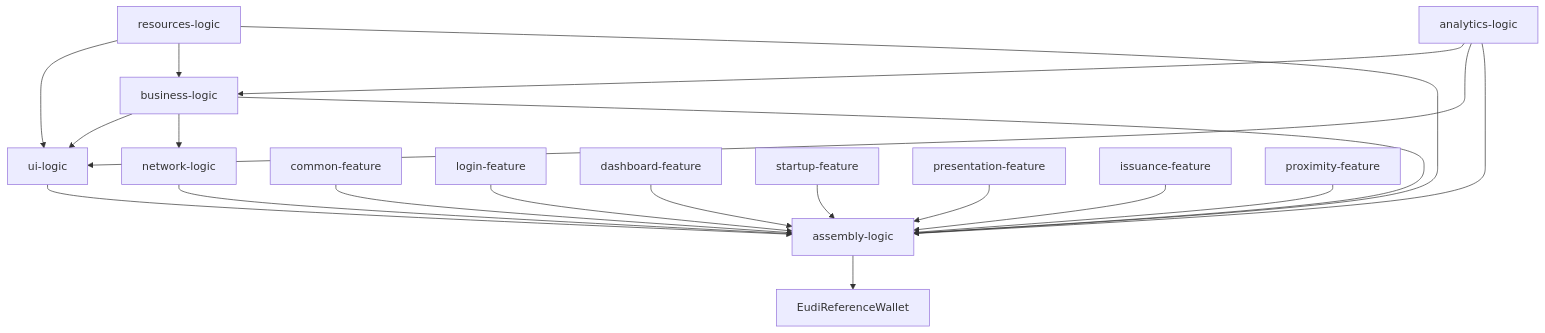
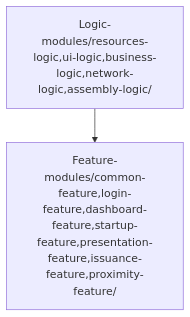
Before and after one commit to eu-digital-identity-wallet/eudi-app-android-wallet-ui: the diagram in README.md, drawn with Mermaid. The commit also changed other lines of this file, not shown here.

Commit message:
[fix] readme updates

````diff
--- a/README.md
+++ b/README.md
@@ -164,26 +170,4 @@
 ```mermaid
 graph TD;
-    resources-logic-->ui-logic;
-    resources-logic-->business-logic;
-    analytics-logic-->business-logic;
-    analytics-logic-->ui-logic;
-    business-logic-->ui-logic;
-    business-logic-->network-logic;
-    network-logic-->assembly-logic;
-
-    resources-logic-->assembly-logic;
-    analytics-logic-->assembly-logic;
-    business-logic-->assembly-logic;
-    ui-logic-->assembly-logic;
-
-    common-feature-->assembly-logic;
-
-    login-feature-->assembly-logic;
-    dashboard-feature-->assembly-logic;
-    startup-feature-->assembly-logic;
-    presentation-feature-->assembly-logic;
-    issuance-feature-->assembly-logic;
-    proximity-feature-->assembly-logic;
-
-    assembly-logic-->EudiReferenceWallet;
+    Logic-modules/resources-logic,ui-logic,business-logic,network-logic,assembly-logic/-->Feature-modules/common-feature,login-feature,dashboard-feature,startup-feature,presentation-feature,issuance-feature,proximity-feature/;
 ```
````
